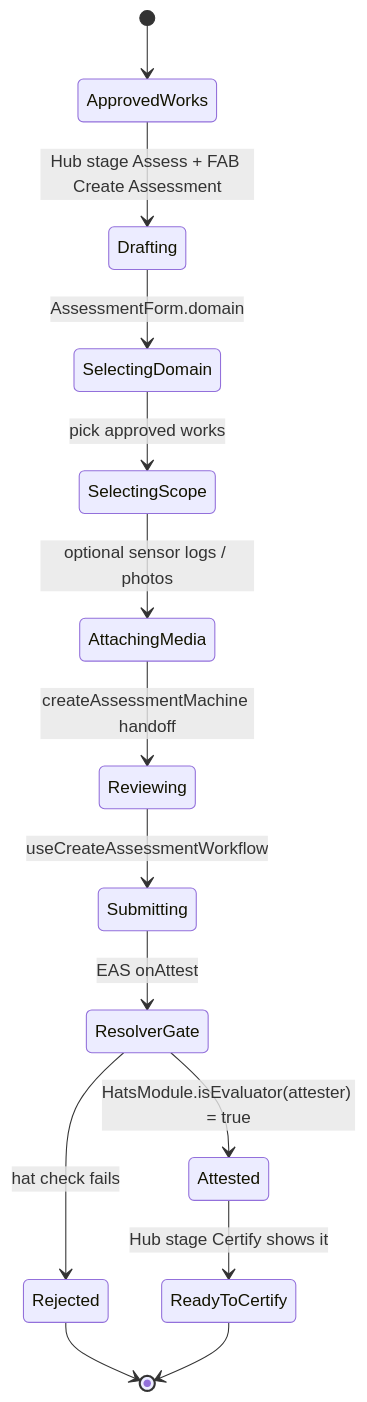
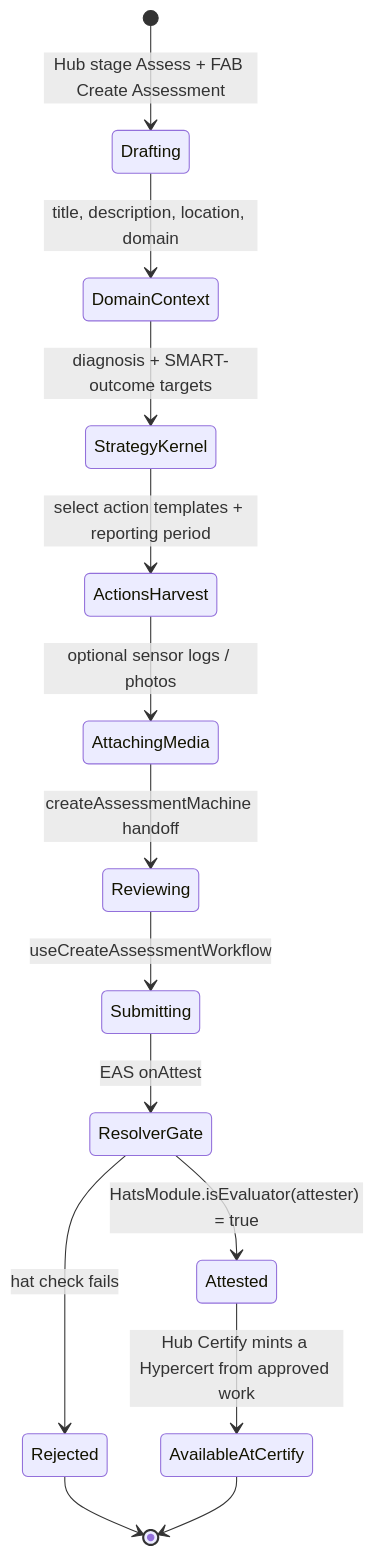
One commit to greenpill-dev-guild/green-goods changed the diagram in docs/docs/builders/journeys/evaluation.mdx. Above: the diagram before and after it, drawn with Mermaid. The commit also changed other lines of this file and 11 other files, not shown here.

First line of the commit message:
docs: reconcile impact-domain taxonomy + assessment lifecycle (RESR-6) (#598)

````diff
--- a/docs/docs/builders/journeys/evaluation.mdx
+++ b/docs/docs/builders/journeys/evaluation.mdx
@@ -37,16 +37,16 @@
 ```mermaid
 stateDiagram-v2
-    [*] --> ApprovedWorks
-    ApprovedWorks --> Drafting: Hub stage Assess + FAB Create Assessment
-    Drafting --> SelectingDomain: AssessmentForm.domain
-    SelectingDomain --> SelectingScope: pick approved works
-    SelectingScope --> AttachingMedia: optional sensor logs / photos
+    [*] --> Drafting: Hub stage Assess + FAB Create Assessment
+    Drafting --> DomainContext: title, description, location, domain
+    DomainContext --> StrategyKernel: diagnosis + SMART-outcome targets
+    StrategyKernel --> ActionsHarvest: select action templates + reporting period
+    ActionsHarvest --> AttachingMedia: optional sensor logs / photos
     AttachingMedia --> Reviewing: createAssessmentMachine handoff
     Reviewing --> Submitting: useCreateAssessmentWorkflow
     Submitting --> ResolverGate: EAS onAttest
     ResolverGate --> Attested: HatsModule.isEvaluator(attester) = true
     ResolverGate --> Rejected: hat check fails
-    Attested --> ReadyToCertify: Hub stage Certify shows it
+    Attested --> AvailableAtCertify: Hub Certify mints a Hypercert from approved work
     Rejected --> [*]
-    ReadyToCertify --> [*]
+    AvailableAtCertify --> [*]
 ```
````
